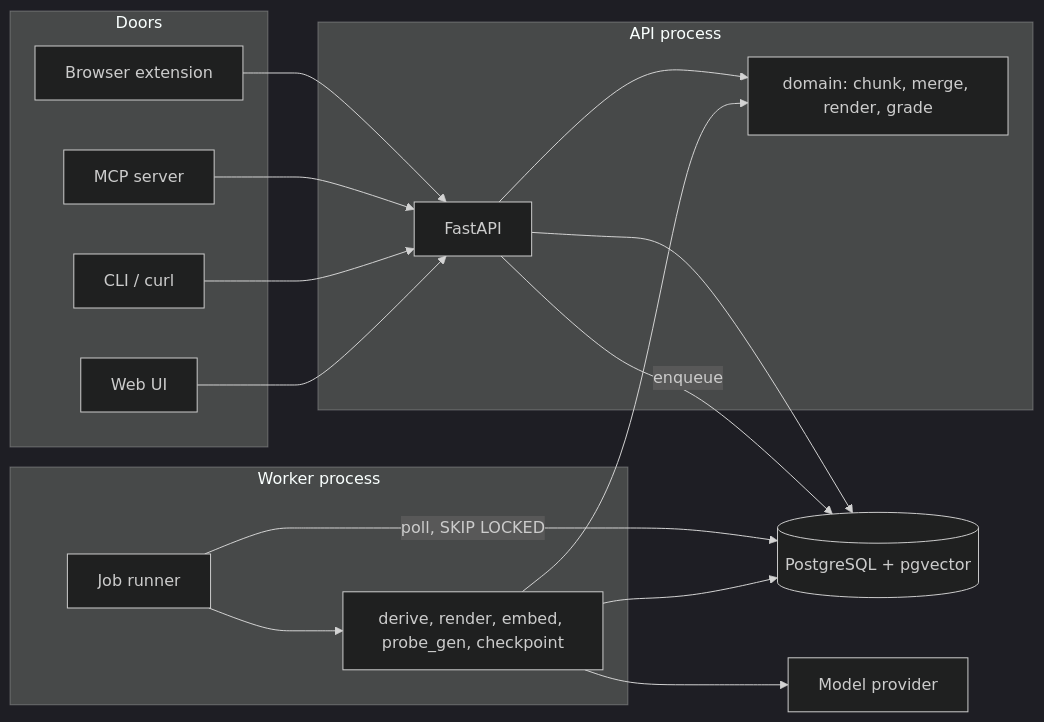
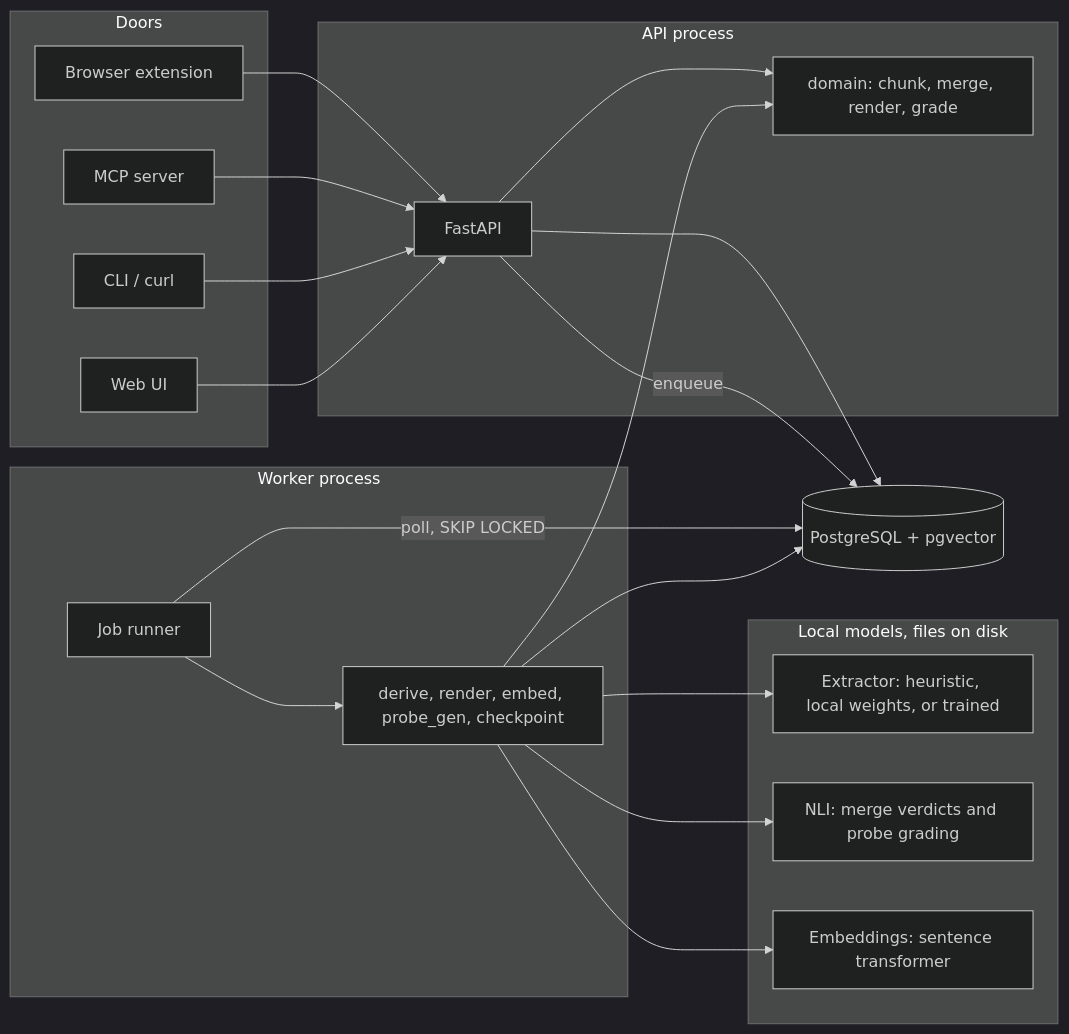
One commit to MoAbboud/PortFolio changed the first of 4 diagrams in herder/requirements/03-architecture.md. Above: the diagram before and after it, drawn with Mermaid (dark theme). The commit also changed other lines of this file and 6 other files, not shown here.

````diff
--- a/herder/requirements/03-architecture.md
+++ b/herder/requirements/03-architecture.md
@@ -10,35 +13,42 @@
 ```mermaid
 flowchart LR
     subgraph doors[Doors]
         EXT[Browser extension]
         MCP[MCP server]
         CLI[CLI / curl]
         WEB[Web UI]
     end
 
     subgraph proc[API process]
         API[FastAPI]
         DOM[domain: chunk, merge, render, grade]
     end
 
     subgraph work[Worker process]
         W[Job runner]
         H[derive, render, embed, probe_gen, checkpoint]
     end
 
     DB[(PostgreSQL + pgvector)]
-    LLM[Model provider]
+
+    subgraph mdl[Local models, files on disk]
+        MX[Extractor: heuristic, local weights, or trained]
+        MN[NLI: merge verdicts and probe grading]
+        ME[Embeddings: sentence transformer]
+    end
 
     EXT --> API
     MCP --> API
     CLI --> API
     WEB --> API
     API --> DOM
     API --> DB
     API -->|enqueue| DB
     W -->|poll, SKIP LOCKED| DB
     W --> H
     H --> DOM
     H --> DB
-    H --> LLM
+    H --> MX
+    H --> MN
+    H --> ME
 ```
````
